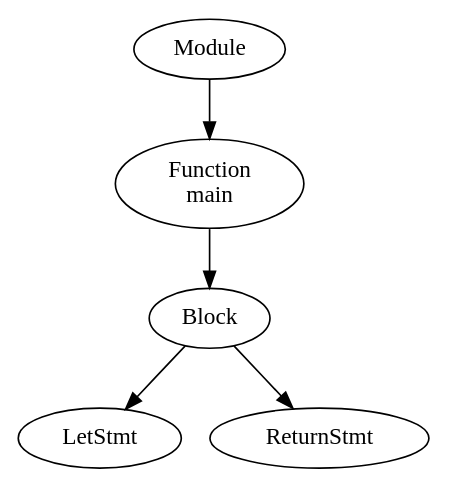
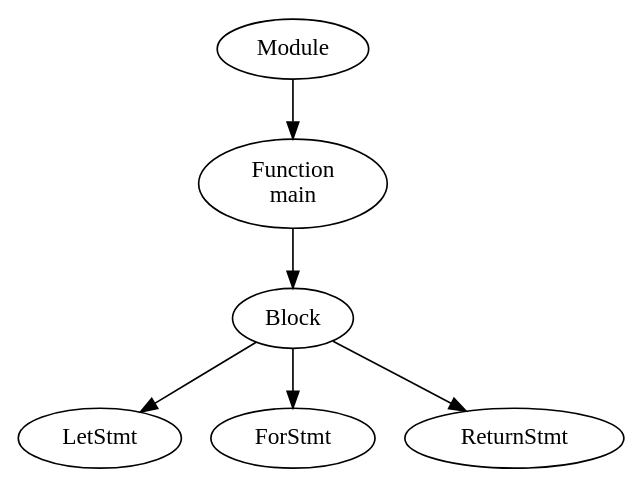
The diagram in out/ast.dot (yuu-hub-fuu/bianyiyuanli-main), drawn with Graphviz before and after one commit. The commit also changed 41 other files, not shown here.

```diff
--- a/out/ast.dot
+++ b/out/ast.dot
@@ -1,11 +1,13 @@
 digraph AST {
 n0 [label="Module"];
 n1 [label="Function\nmain"];
 n0 -> n1;
 n2 [label="Block"];
 n1 -> n2;
 n3 [label="LetStmt"];
 n2 -> n3;
-n4 [label="ReturnStmt"];
+n4 [label="ForStmt"];
 n2 -> n4;
+n5 [label="ReturnStmt"];
+n2 -> n5;
 }
```
